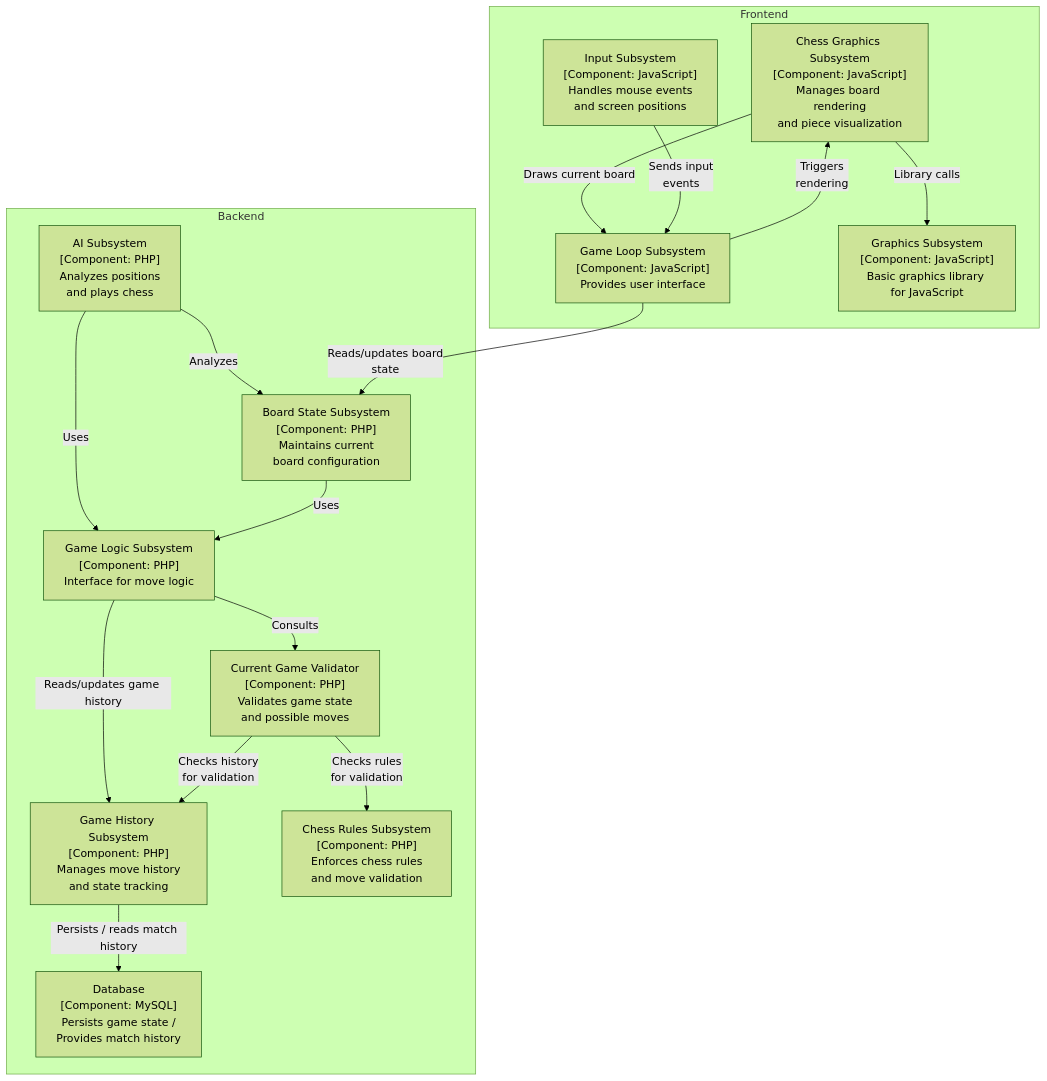
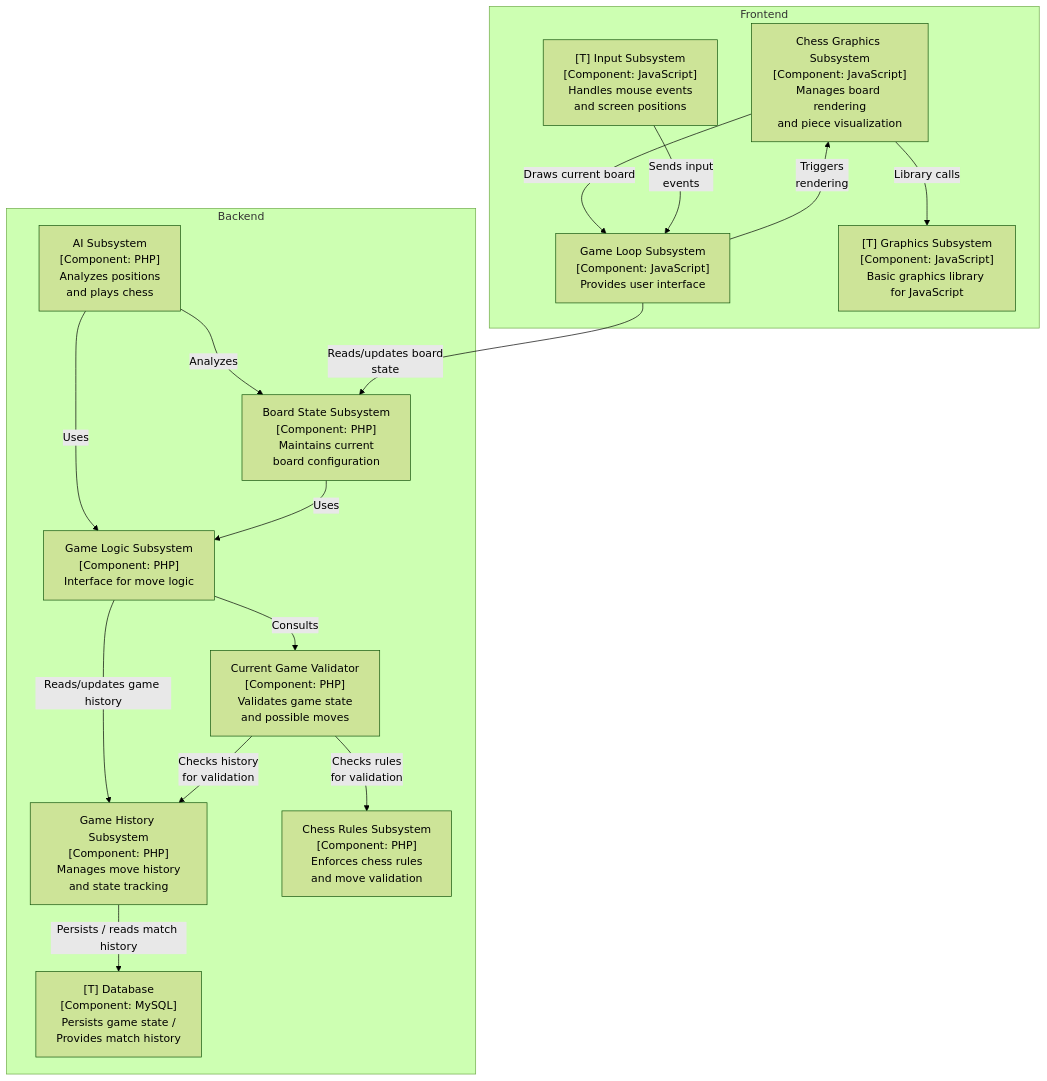
Before and after one commit to skyler544/chess-architecture: the diagram in c4/component-diagram.mmd, drawn with Mermaid (forest theme). The commit also changed 1 other file, not shown here.

Commit message:
update diagram to show the [T]

```diff
--- a/c4/component-diagram.mmd
+++ b/c4/component-diagram.mmd
@@ -1,32 +1,32 @@
 flowchart TB
    subgraph Frontend
        ChessGraphics["Chess Graphics Subsystem<br/>[Component: JavaScript]<br/>Manages board rendering<br/>and piece visualization"]
        GameLoop["Game Loop Subsystem<br/>[Component: JavaScript]<br/>Provides user interface"]
-       Graphics["Graphics Subsystem<br/>[Component: JavaScript]<br/>Basic graphics library for JavaScript"]
-       Input["Input Subsystem<br/>[Component: JavaScript]<br/>Handles mouse events<br/>and screen positions"]
+       Graphics["[T] Graphics Subsystem<br/>[Component: JavaScript]<br/>Basic graphics library for JavaScript"]
+       Input["[T] Input Subsystem<br/>[Component: JavaScript]<br/>Handles mouse events<br/>and screen positions"]
    end
 
    subgraph Backend
        AI["AI Subsystem<br/>[Component: PHP]<br/>Analyzes positions<br/>and plays chess"]
        BoardState["Board State Subsystem<br/>[Component: PHP]<br/>Maintains current<br/>board configuration"]
        GameLogic["Game Logic Subsystem<br/>[Component: PHP]<br/>Interface for move logic"]
        GameValidator["Current Game Validator<br/>[Component: PHP]<br/>Validates game state<br/>and possible moves"]
        History["Game History Subsystem<br/>[Component: PHP]<br/>Manages move history<br/>and state tracking"]
-       Persistence["Database<br/>[Component: MySQL]<br/>Persists game state /<br/>Provides match history"]
+       Persistence["[T] Database<br/>[Component: MySQL]<br/>Persists game state /<br/>Provides match history"]
        Rules["Chess Rules Subsystem<br/>[Component: PHP]<br/>Enforces chess rules<br/>and move validation"]
    end
 
    %% Component Relationships
    AI -->|"Analyzes"| BoardState
    AI -->|"Uses"| GameLogic
    BoardState -->|"Uses<br/>"| GameLogic
    ChessGraphics -->|"Draws current board"| GameLoop
    ChessGraphics -->|"Library calls"| Graphics
    GameLogic -->|"Consults"| GameValidator
    GameLogic -->|"Reads/updates game history"| History
    GameLoop -->|"Reads/updates board<br/>state"| BoardState
    GameLoop -->|"Triggers<br/>rendering"| ChessGraphics
    GameValidator -->|"Checks history<br/> for validation"| History
    GameValidator -->|"Checks rules<br/> for validation"| Rules
    History -->|"Persists / reads match history"| Persistence
    Input -->|"Sends input<br/>events"| GameLoop
```
